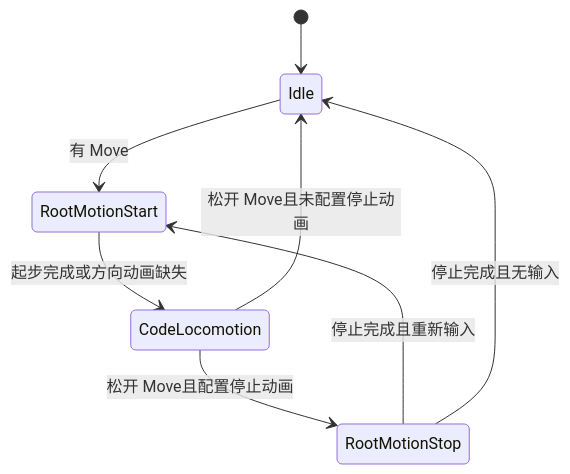
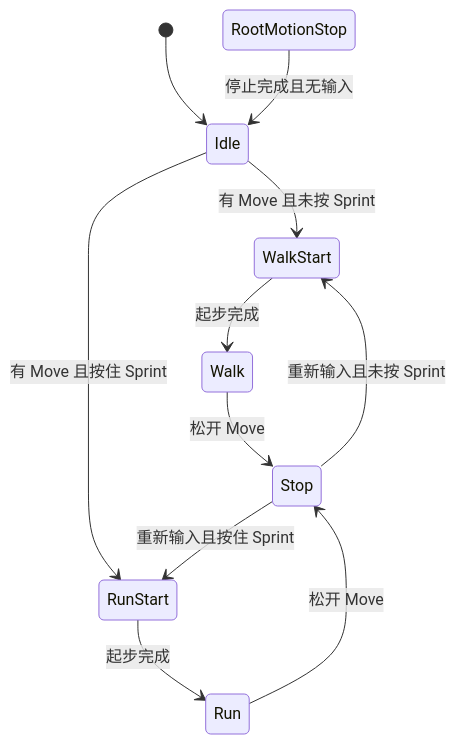
Before and after one commit to Whitesheeeep/3DRPG: the eighth of 11 diagrams in Assets/Scripts/Character/CharacterControlAndMotionArchitecture.md, drawn with Mermaid. The commit also changed other lines of this file and 71 other files, not shown here.

````diff
--- a/Assets/Scripts/Character/CharacterControlAndMotionArchitecture.md
+++ b/Assets/Scripts/Character/CharacterControlAndMotionArchitecture.md
@@ -274,10 +327,13 @@
 ```mermaid
 stateDiagram-v2
     [*] --> Idle
-    Idle --> RootMotionStart: 有 Move
-    RootMotionStart --> CodeLocomotion: 起步完成或方向动画缺失
-    CodeLocomotion --> RootMotionStop: 松开 Move且配置停止动画
-    CodeLocomotion --> Idle: 松开 Move且未配置停止动画
-    RootMotionStop --> RootMotionStart: 停止完成且重新输入
+    Idle --> WalkStart: 有 Move 且未按 Sprint
+    Idle --> RunStart: 有 Move 且按住 Sprint
+    WalkStart --> Walk: 起步完成
+    RunStart --> Run: 起步完成
+    Walk --> Stop: 松开 Move
+    Run --> Stop: 松开 Move
+    Stop --> WalkStart: 重新输入且未按 Sprint
+    Stop --> RunStart: 重新输入且按住 Sprint
     RootMotionStop --> Idle: 停止完成且无输入
 ```
````
